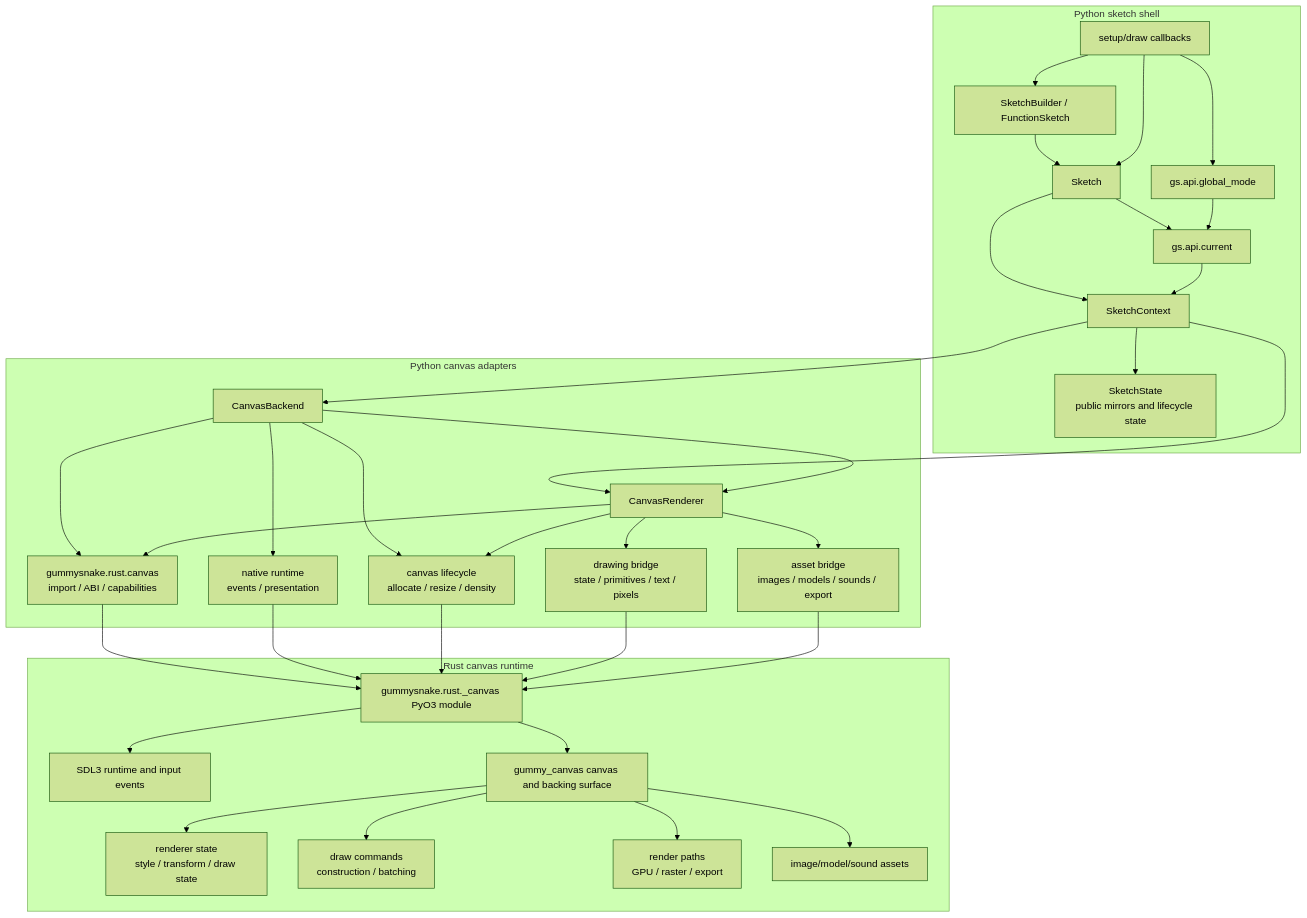
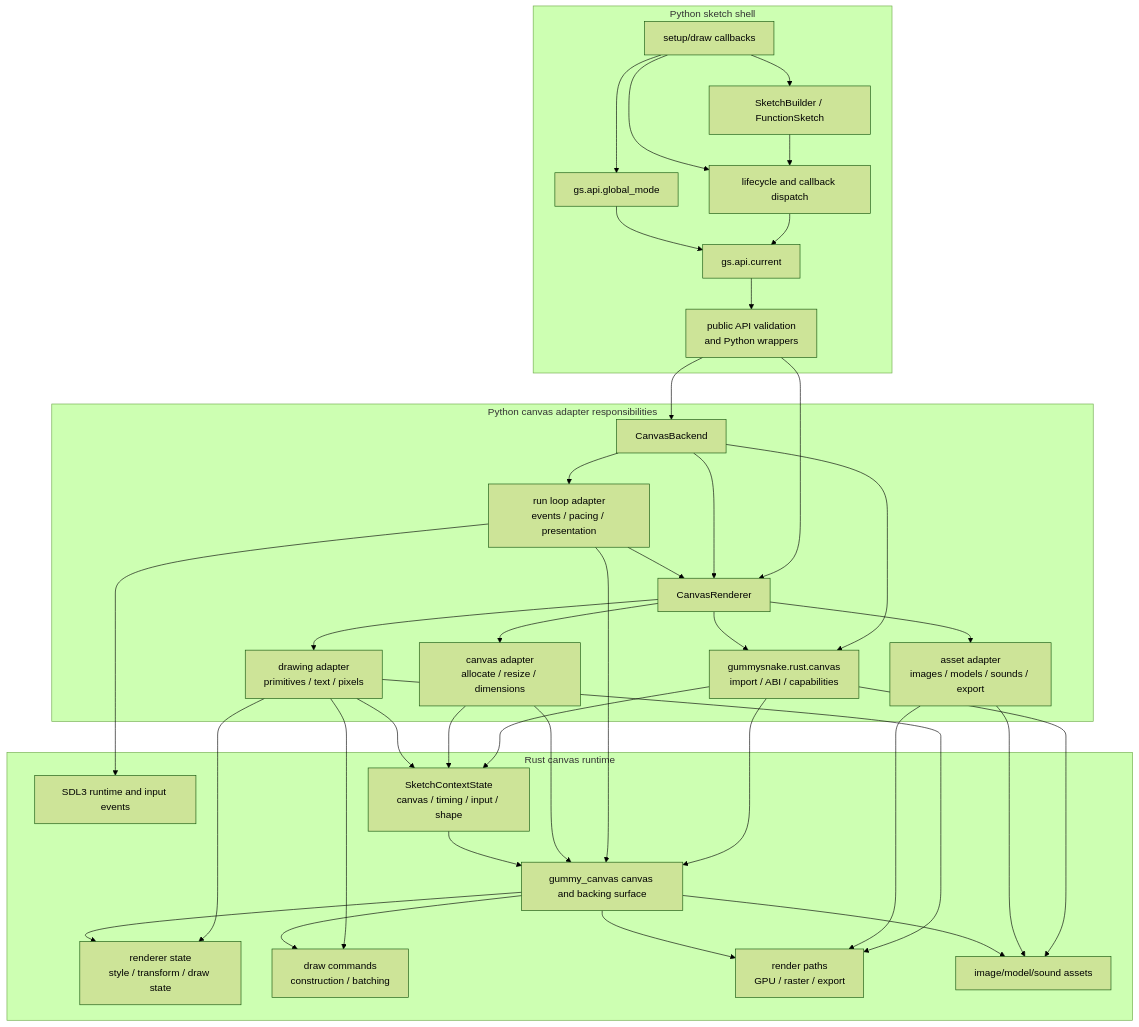
Before and after one commit to JonathanHHenson/gummy_snake: the first of 4 diagrams in docs/contribute/architecture.md, drawn with Mermaid (forest theme). The commit also changed other lines of this file and 16 other files, not shown here.

Commit message:
Move sketch state into Rust canvas runtime

````diff
--- a/docs/contribute/architecture.md
+++ b/docs/contribute/architecture.md
@@ -5,63 +5,67 @@
 ```mermaid
 flowchart TD
     subgraph Python["Python sketch shell"]
         User[setup/draw callbacks]
         Builder[SketchBuilder / FunctionSketch]
         Global[gs.api.global_mode]
         Current[gs.api.current]
-        Sketch[Sketch]
-        Context[SketchContext]
-        SketchState[SketchState<br/>public mirrors and lifecycle state]
+        Lifecycle[lifecycle and callback dispatch]
+        ApiFacade[public API validation<br/>and Python wrappers]
     end
 
-    subgraph Adapter["Python canvas adapters"]
+    subgraph Adapter["Python canvas adapter responsibilities"]
         Backend[CanvasBackend]
         Renderer[CanvasRenderer]
         BridgeImport[gummysnake.rust.canvas<br/>import / ABI / capabilities]
-        RuntimeBridge[native runtime<br/>events / presentation]
-        CanvasBridge[canvas lifecycle<br/>allocate / resize / density]
-        DrawBridge[drawing bridge<br/>state / primitives / text / pixels]
-        AssetBridge[asset bridge<br/>images / models / sounds / export]
+        RuntimeAdapter[run loop adapter<br/>events / pacing / presentation]
+        CanvasAdapter[canvas adapter<br/>allocate / resize / dimensions]
+        DrawAdapter[drawing adapter<br/>primitives / text / pixels]
+        AssetAdapter[asset adapter<br/>images / models / sounds / export]
     end
 
     subgraph Rust["Rust canvas runtime"]
-        Runtime[gummysnake.rust._canvas PyO3 module]
         Native[SDL3 runtime and input events]
+        ContextState[SketchContextState<br/>canvas / timing / input / shape]
         Canvas[gummy_canvas canvas and backing surface]
         State[renderer state<br/>style / transform / draw state]
         Commands[draw commands<br/>construction / batching]
         Rendering[render paths<br/>GPU / raster / export]
         Assets[image/model/sound assets]
     end
 
     User --> Builder
-    Builder --> Sketch
-    User --> Sketch
-    Sketch --> Context
-    Sketch --> Current
+    Builder --> Lifecycle
+    User --> Lifecycle
+    Lifecycle --> Current
     User --> Global
     Global --> Current
-    Current --> Context
-    Context --> SketchState
-    Context --> Backend
-    Context --> Renderer
+    Current --> ApiFacade
+    ApiFacade --> Backend
+    ApiFacade --> Renderer
     Backend --> Renderer
     Backend --> BridgeImport
     Renderer --> BridgeImport
-    Backend --> RuntimeBridge
-    Backend --> CanvasBridge
-    Renderer --> CanvasBridge
-    Renderer --> DrawBridge
-    Renderer --> AssetBridge
-    BridgeImport --> Runtime
-    RuntimeBridge --> Runtime
-    CanvasBridge --> Runtime
-    DrawBridge --> Runtime
-    AssetBridge --> Runtime
-    Runtime --> Native
-    Runtime --> Canvas
+    Backend --> RuntimeAdapter
+    RuntimeAdapter --> Renderer
+    Renderer --> CanvasAdapter
+    Renderer --> DrawAdapter
+    Renderer --> AssetAdapter
+    BridgeImport --> ContextState
+    BridgeImport --> Canvas
+    BridgeImport --> Assets
+    RuntimeAdapter --> Native
+    RuntimeAdapter --> Canvas
+    CanvasAdapter --> ContextState
+    CanvasAdapter --> Canvas
+    DrawAdapter --> ContextState
+    DrawAdapter --> State
+    DrawAdapter --> Commands
+    DrawAdapter --> Rendering
+    AssetAdapter --> Assets
+    AssetAdapter --> Rendering
+    ContextState --> Canvas
     Canvas --> State
     Canvas --> Commands
     Canvas --> Rendering
     Canvas --> Assets
 ```
````
